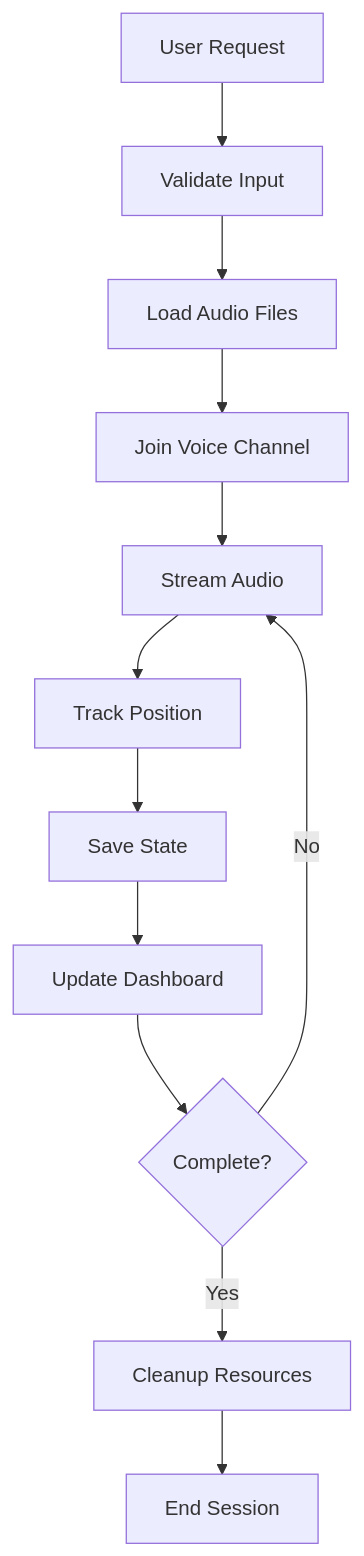
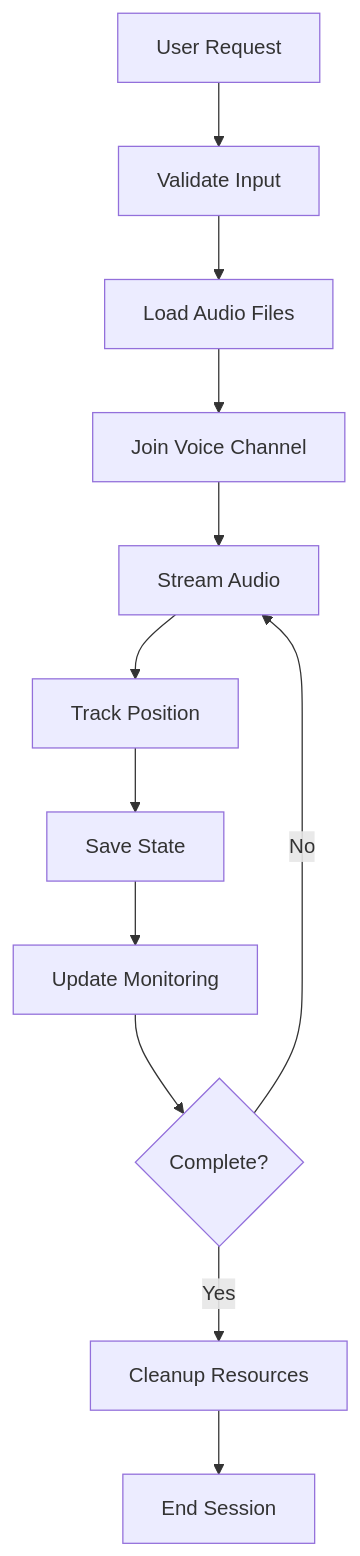
One commit to trippixn963/QuranBot changed the tenth of 12 diagrams in docs/ARCHITECTURE.md. Above: the diagram before and after it, drawn with Mermaid. The commit also changed other lines of this file and 101 other files, not shown here.

````diff
--- a/docs/ARCHITECTURE.md
+++ b/docs/ARCHITECTURE.md
@@ -552,14 +553,14 @@
 ```mermaid
 flowchart TD
     START[User Request] --> VALIDATE[Validate Input]
     VALIDATE --> LOAD[Load Audio Files]
     LOAD --> JOIN[Join Voice Channel]
     JOIN --> STREAM[Stream Audio]
     STREAM --> TRACK[Track Position]
     TRACK --> SAVE[Save State]
-    SAVE --> UPDATE[Update Dashboard]
+    SAVE --> UPDATE[Update Monitoring]
     UPDATE --> COMPLETE{Complete?}
     COMPLETE -->|No| STREAM
     COMPLETE -->|Yes| CLEANUP[Cleanup Resources]
     CLEANUP --> END[End Session]
 ```
````
